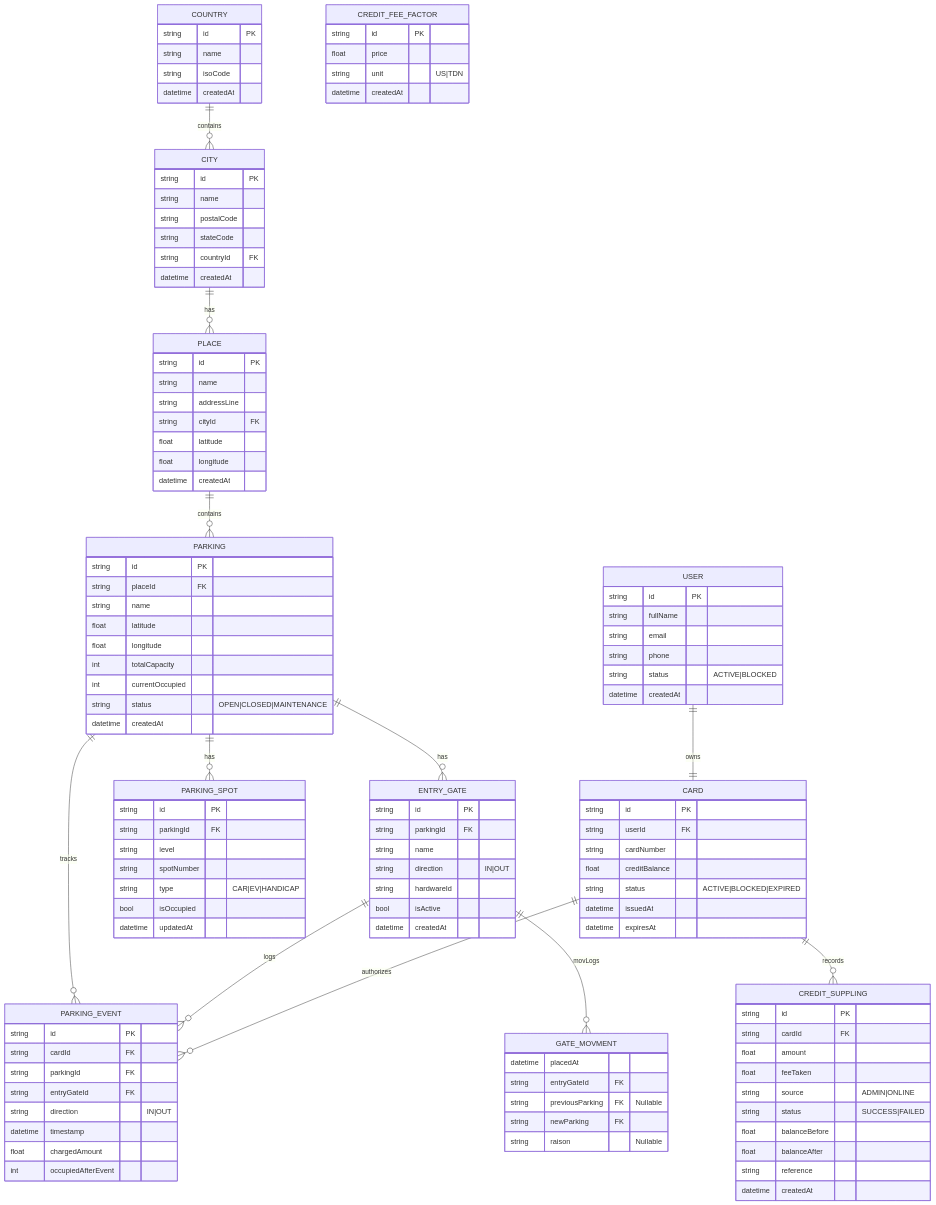
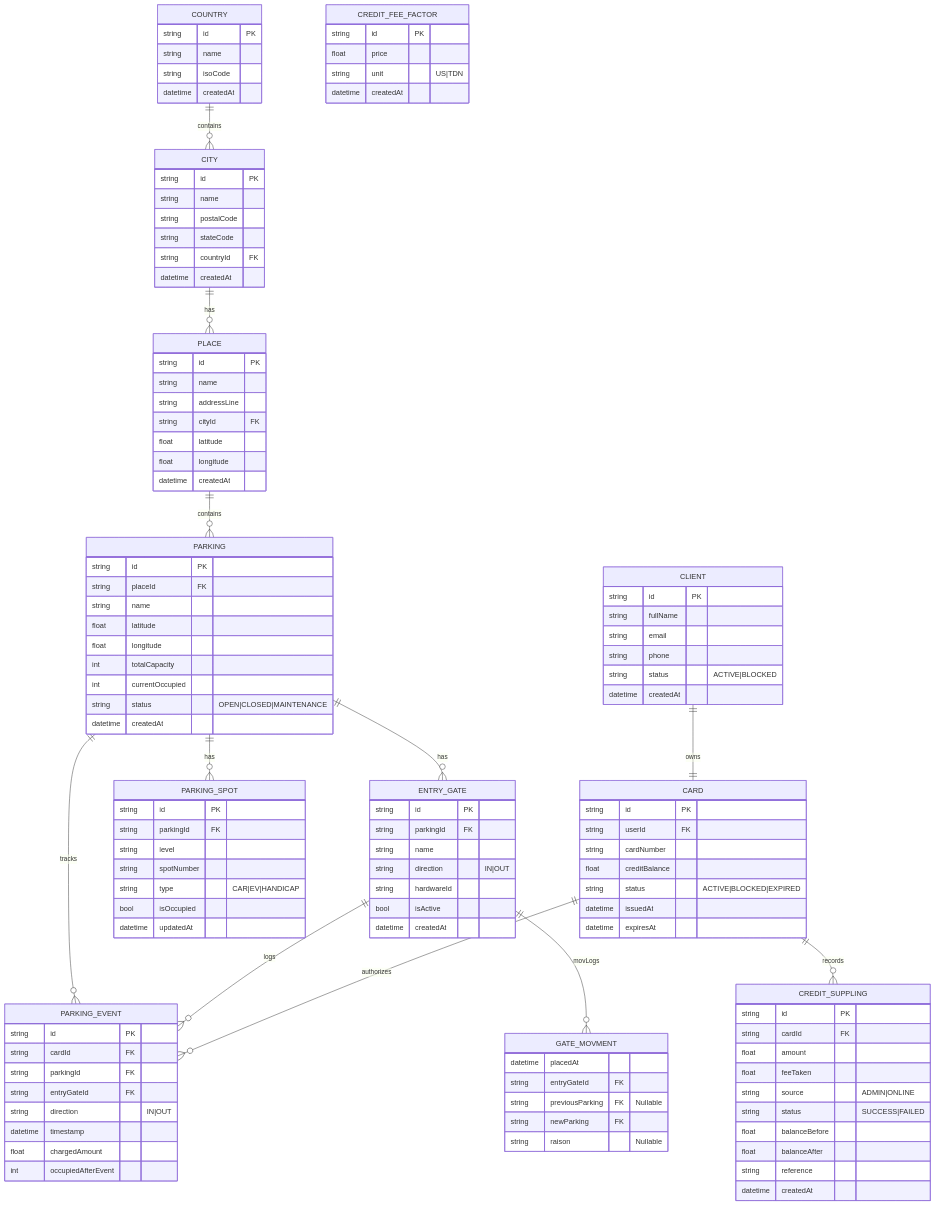
Before and after one commit to vitamin-0xff/parking-system: the diagram in class-diagram.mermaid, drawn with Mermaid. The commit also changed 13 other files, not shown here.

```diff
--- a/class-diagram.mermaid
+++ b/class-diagram.mermaid
@@ -1,134 +1,134 @@
 erDiagram
 
     COUNTRY ||--o{ CITY : contains
     CITY ||--o{ PLACE : has
 
     PLACE ||--o{ PARKING : contains
     PARKING ||--o{ ENTRY_GATE : has
 
     PARKING ||--o{ PARKING_SPOT : has
     PARKING ||--o{ PARKING_EVENT : tracks
 
-    USER ||--|| CARD : owns
+    CLIENT ||--|| CARD : owns
     CARD ||--o{ CREDIT_SUPPLING : records
 
     
     ENTRY_GATE ||--o{ PARKING_EVENT : logs
     ENTRY_GATE ||--o{ GATE_MOVMENT: movLogs
     CARD ||--o{ PARKING_EVENT : authorizes
 
     COUNTRY {
         string id PK
         string name
         string isoCode
         datetime createdAt
     }
 
     CITY {
         string id PK
         string name
         string postalCode
         string stateCode
         string countryId FK
         datetime createdAt
     }
 
     PLACE {
         string id PK
         string name
         string addressLine
         string cityId FK
         float latitude
         float longitude
         datetime createdAt
     }
 
     PARKING {
         string id PK
         string placeId FK
         string name
         float latitude
         float longitude
         int totalCapacity
         int currentOccupied
         string status "OPEN|CLOSED|MAINTENANCE"
         datetime createdAt
     }
 
     ENTRY_GATE {
         string id PK
         string parkingId FK
         string name
         string direction "IN|OUT"
         string hardwareId
         bool isActive
         datetime createdAt
     }
 
     PARKING_SPOT {
         string id PK
         string parkingId FK
         string level
         string spotNumber
         string type "CAR|EV|HANDICAP"
         bool isOccupied
         datetime updatedAt
     }
 
-    USER {
+    CLIENT {
         string id PK
         string fullName
         string email
         string phone
         string status "ACTIVE|BLOCKED"
         datetime createdAt
     }
 
     CARD {
         string id PK
         string userId FK
         string cardNumber
         float creditBalance
         string status "ACTIVE|BLOCKED|EXPIRED"
         datetime issuedAt
         datetime expiresAt
     }
 
     PARKING_EVENT {
         string id PK
         string cardId FK
         string parkingId FK
         string entryGateId FK
         string direction "IN|OUT"
         datetime timestamp
         float chargedAmount
         int occupiedAfterEvent
     }
 
     GATE_MOVMENT {
         datetime placedAt
         string entryGateId FK
         string previousParking FK "Nullable"
         string newParking FK
         string raison "Nullable"
     }
 
     CREDIT_SUPPLING {
       string id PK
       string cardId FK
       float amount
       float feeTaken
       string source "ADMIN|ONLINE"
       string status "SUCCESS|FAILED"
       float balanceBefore
       float balanceAfter
       string reference
       datetime createdAt
     }
 
     CREDIT_FEE_FACTOR {
         string id PK
         float price
         string unit "US|TDN"
         datetime createdAt 
     }
```
